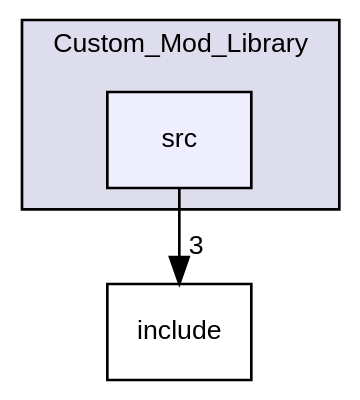
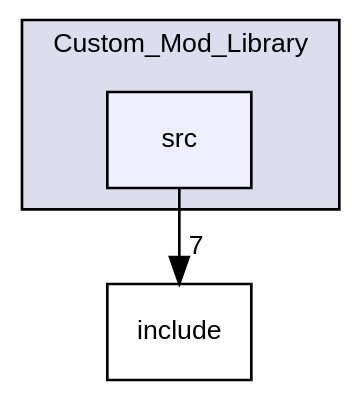
The diagram in dir_cbd26f7b0946528e265beb2513fbf397_dep.dot (efybr1/2021_Group_3), drawn with Graphviz before and after one commit. The commit also changed 71 other files, not shown here.

```diff
--- a/dir_cbd26f7b0946528e265beb2513fbf397_dep.dot
+++ b/dir_cbd26f7b0946528e265beb2513fbf397_dep.dot
@@ -1,12 +1,12 @@
 digraph "/home/runner/work/2021_Group_3/2021_Group_3/Custom_Mod_Library/src" {
   bgcolor=transparent;
   compound=true
   node [ fontsize="10", fontname="Helvetica"];
   edge [ labelfontsize="10", labelfontname="Helvetica"];
   subgraph clusterdir_3d791e5d7456dbf61f6d7b678dfd72f4 {
     graph [ bgcolor="#ddddee", pencolor="black", label="Custom_Mod_Library" fontname="Helvetica", fontsize="10", URL="dir_3d791e5d7456dbf61f6d7b678dfd72f4.html"]
   dir_cbd26f7b0946528e265beb2513fbf397 [shape=box, label="src", style="filled", fillcolor="#eeeeff", pencolor="black", URL="dir_cbd26f7b0946528e265beb2513fbf397.html"];
   }
   dir_f5c7eabd21a874ae9d109060d168a55c [shape=box label="include" URL="dir_f5c7eabd21a874ae9d109060d168a55c.html"];
-  dir_cbd26f7b0946528e265beb2513fbf397->dir_f5c7eabd21a874ae9d109060d168a55c [headlabel="3", labeldistance=1.5 headhref="dir_000002_000001.html"];
+  dir_cbd26f7b0946528e265beb2513fbf397->dir_f5c7eabd21a874ae9d109060d168a55c [headlabel="7", labeldistance=1.5 headhref="dir_000002_000001.html"];
 }
```
